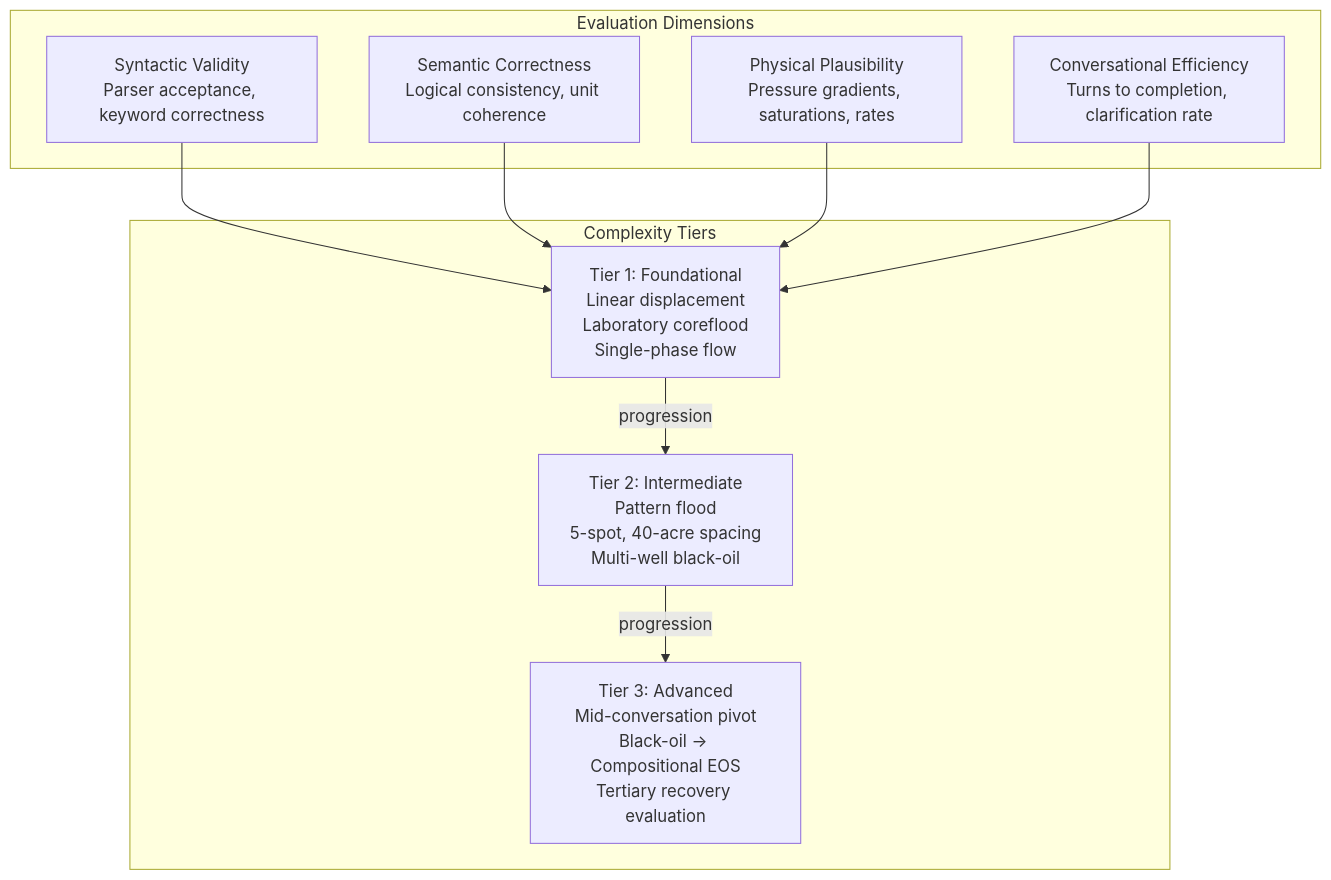
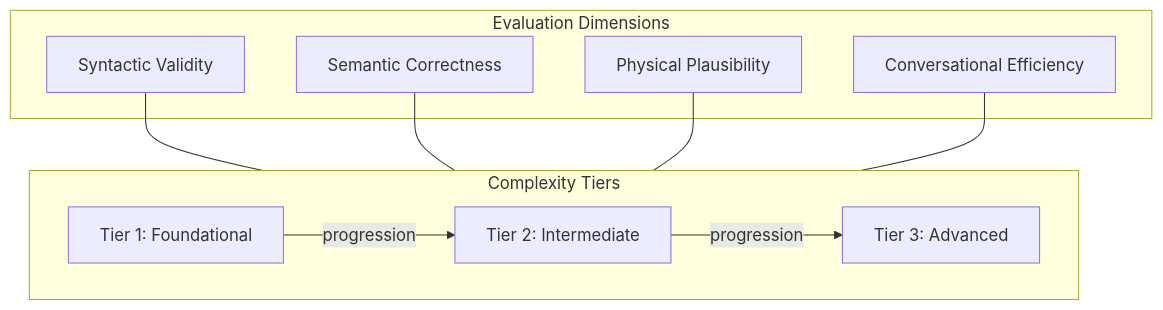
One commit to wolfram-laube/clarissa changed the fourth of 6 diagrams in conference/spe-europe-2026/sources/wolfram/abstract-merged.md. Above: the diagram before and after it, drawn with Mermaid. The commit also changed other lines of this file, not shown here.

Commit message:
fix: simplify mermaid diagrams - remove emojis and br tags for proper rendering

````diff
--- a/conference/spe-europe-2026/sources/wolfram/abstract-merged.md
+++ b/conference/spe-europe-2026/sources/wolfram/abstract-merged.md
@@ -147,23 +186,22 @@
 ```mermaid
 flowchart TB
     subgraph DIMS["Evaluation Dimensions"]
-        D1[Syntactic Validity<br/>Parser acceptance, keyword correctness]
-        D2[Semantic Correctness<br/>Logical consistency, unit coherence]
-        D3[Physical Plausibility<br/>Pressure gradients, saturations, rates]
-        D4[Conversational Efficiency<br/>Turns to completion, clarification rate]
+        D1["Syntactic Validity"]
+        D2["Semantic Correctness"]
+        D3["Physical Plausibility"]
+        D4["Conversational Efficiency"]
     end
 
     subgraph TIERS["Complexity Tiers"]
-        T1[Tier 1: Foundational<br/>Linear displacement<br/>Laboratory coreflood<br/>Single-phase flow]
-        T2[Tier 2: Intermediate<br/>Pattern flood<br/>5-spot, 40-acre spacing<br/>Multi-well black-oil]
-        T3[Tier 3: Advanced<br/>Mid-conversation pivot<br/>Black-oil → Compositional EOS<br/>Tertiary recovery evaluation]
+        T1["Tier 1: Foundational"]
+        T2["Tier 2: Intermediate"]
+        T3["Tier 3: Advanced"]
     end
 
-    D1 --> T1
-    D2 --> T1
-    D3 --> T1
-    D4 --> T1
-    
+    D1 --- TIERS
+    D2 --- TIERS
+    D3 --- TIERS
+    D4 --- TIERS
     T1 -->|progression| T2
     T2 -->|progression| T3
 ```
````
